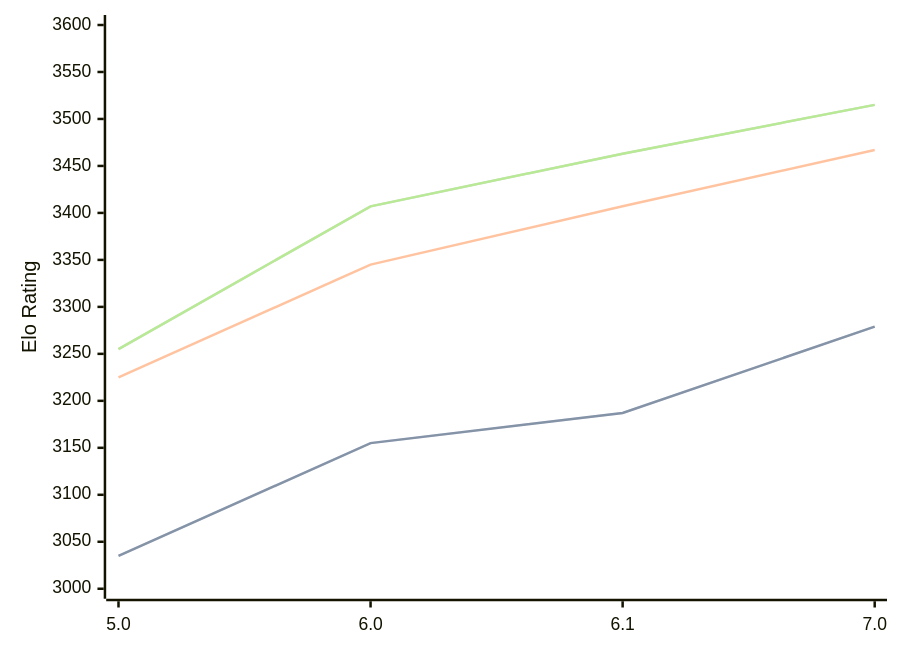
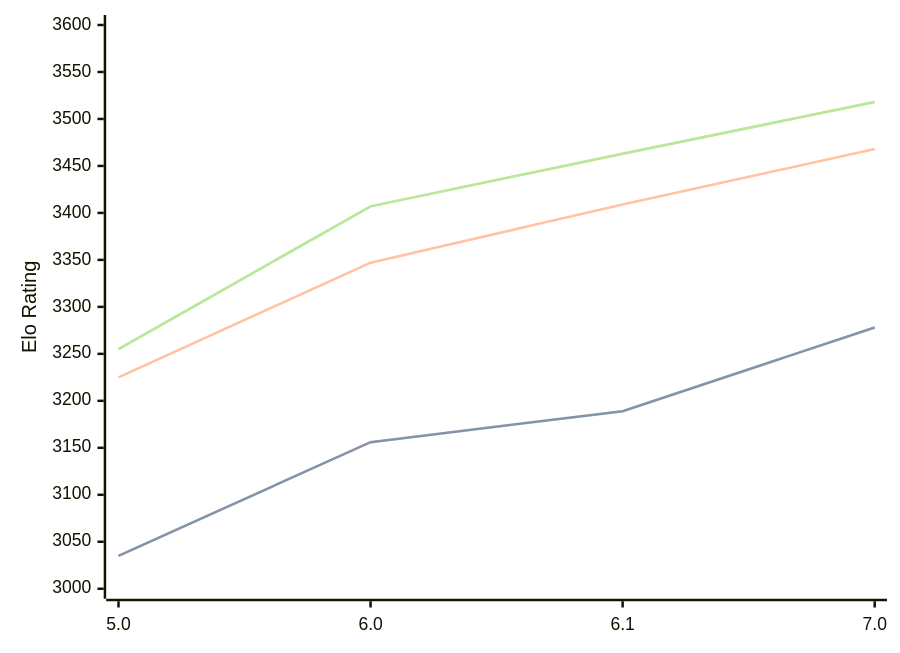
One commit to computer-chess-index/cci changed the diagram in engines/PZChessBot.md. Above: the diagram before and after it, drawn with Mermaid. The commit also changed other lines of this file, not shown here.

Commit message:
Update CCI Ratings (ELO VLTC) - 2026-05-21

````diff
--- a/engines/PZChessBot.md
+++ b/engines/PZChessBot.md
@@ -43,11 +43,11 @@
 ```mermaid
 %%{init: {"theme":"base","themeVariables":{"seriesColors:['#a3a3a3','#222221','#faa371']}}}%%
 xychart-beta
   x-axis ["5.0", "6.0", "6.1", "7.0"]
   y-axis "Elo Rating" 3000 --> 3600
-  line "STC (8.0+0.08s)" [3035, 3155, 3187, 3279]
-  line "STC (8.0+0.08s)" [3035, 3155, 3187, 3279]
-  line "LTC (60.0+0.60s)" [3225, 3345, 3407, 3467]
-  line "VLTC (2m24s+1.12s)" [3255, 3407, 3463, 3515]
-  line "VLTC (2m24s+1.12s)" [3255, 3407, 3463, 3515]
+  line "STC (8.0+0.08s)" [3035, 3156, 3189, 3278]
+  line "STC (8.0+0.08s)" [3035, 3156, 3189, 3278]
+  line "LTC (60.0+0.60s)" [3225, 3347, 3409, 3468]
+  line "VLTC (2m24s+1.12s)" [3255, 3407, 3463, 3518]
+  line "VLTC (2m24s+1.12s)" [3255, 3407, 3463, 3518]
 ```
````
